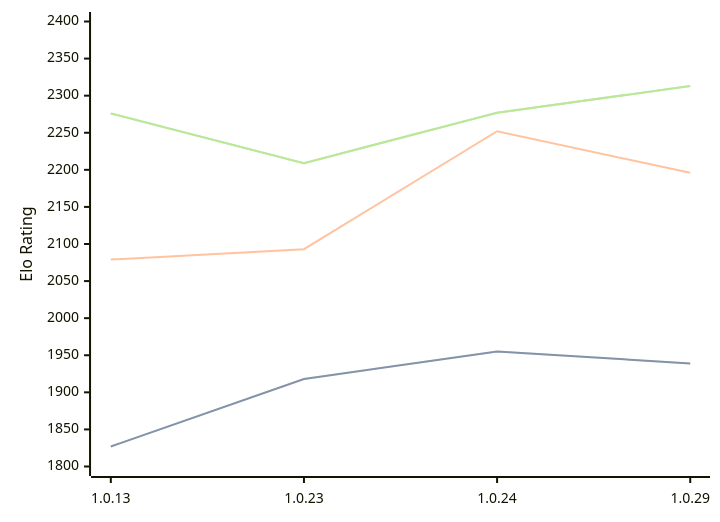
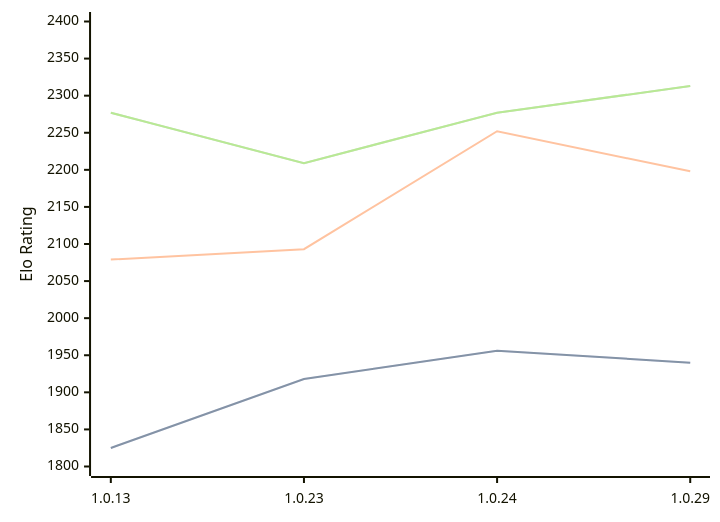
One commit to computer-chess-index/cci changed the diagram in engines/RustyRival.md. Above: the diagram before and after it, drawn with Mermaid. The commit also changed other lines of this file, not shown here.

Commit message:
Update CCI Ratings (ELO VLTC) - 2026-03-15

````diff
--- a/engines/RustyRival.md
+++ b/engines/RustyRival.md
@@ -59,11 +59,11 @@
 ```mermaid
 %%{init: {"theme":"base","themeVariables":{"seriesColors:['#a3a3a3','#222221','#faa371']}}}%%
 xychart-beta
   x-axis ["1.0.13", "1.0.23", "1.0.24", "1.0.29"]
   y-axis "Elo Rating" 1800 --> 2400
-  line "STC (8.0+0.08s)" [1827, 1918, 1955, 1939]
-  line "STC (8.0+0.08s)" [1827, 1918, 1955, 1939]
-  line "LTC (60.0+0.60s)" [2079, 2093, 2252, 2196]
-  line "VLTC (2m24s+1.12s)" [2276, 2209, 2277, 2313]
-  line "VLTC (2m24s+1.12s)" [2276, 2209, 2277, 2313]
+  line "STC (8.0+0.08s)" [1825, 1918, 1956, 1940]
+  line "STC (8.0+0.08s)" [1825, 1918, 1956, 1940]
+  line "LTC (60.0+0.60s)" [2079, 2093, 2252, 2198]
+  line "VLTC (2m24s+1.12s)" [2277, 2209, 2277, 2313]
+  line "VLTC (2m24s+1.12s)" [2277, 2209, 2277, 2313]
 ```
````
